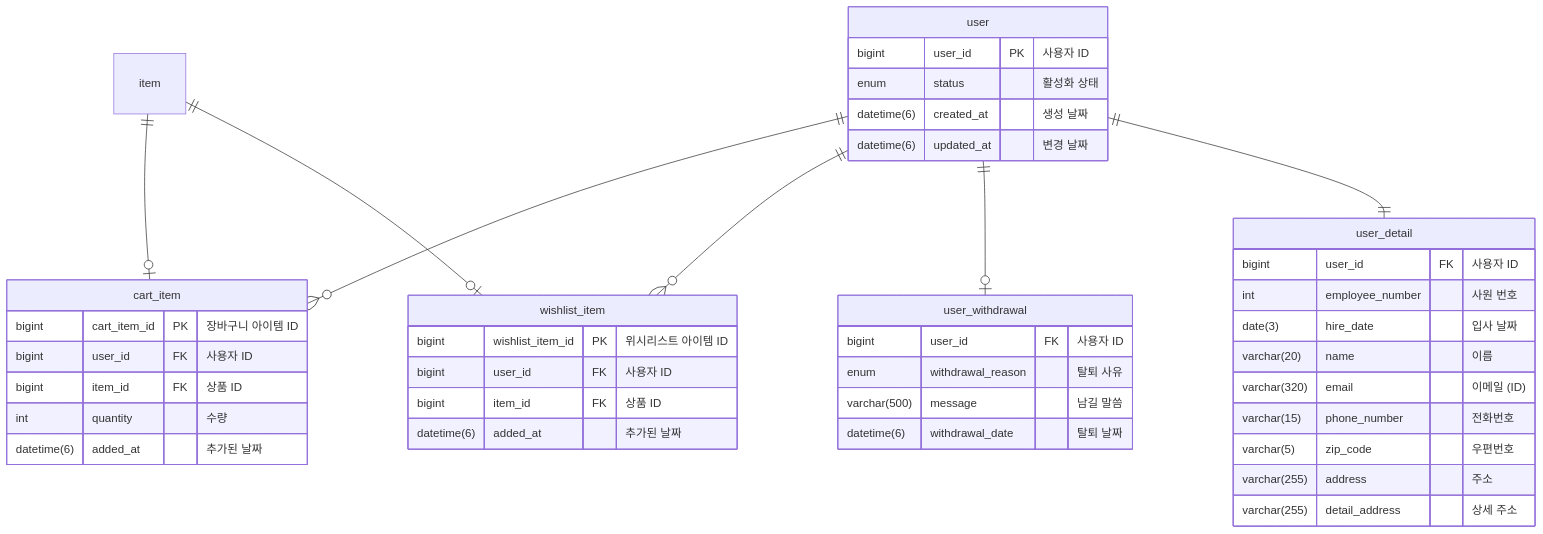
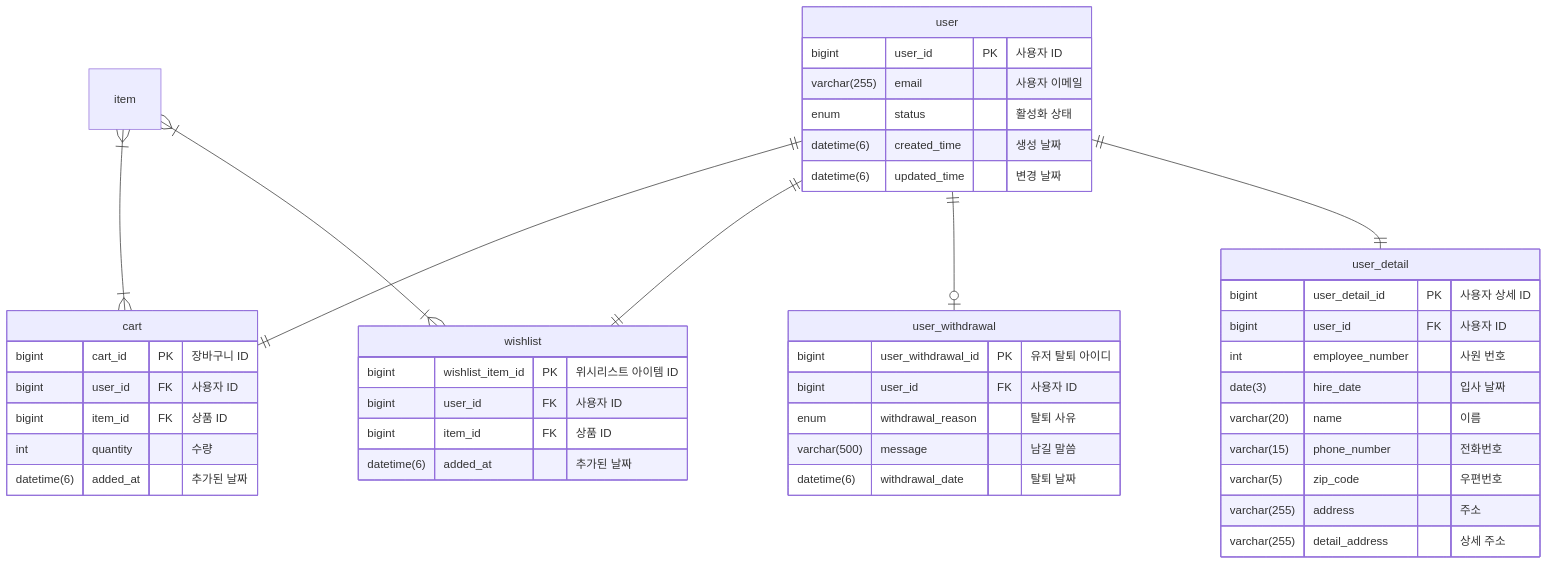
Before and after one commit to kea-dpang/docs: the second of 9 diagrams in Erd.md, drawn with Mermaid. The commit also changed other lines of this file and 3 other files, not shown here.

````diff
--- a/Erd.md
+++ b/Erd.md
@@ -37,50 +37,53 @@
 ```mermaid
 erDiagram
     user {
         bigint user_id PK "사용자 ID"
+        varchar(255) email "사용자 이메일"
         enum status "활성화 상태"
-        datetime(6) created_at "생성 날짜"
-        datetime(6) updated_at "변경 날짜"
+        datetime(6) created_time "생성 날짜"
+        datetime(6) updated_time "변경 날짜"
     }
 
     user_detail {
+        bigint user_detail_id PK "사용자 상세 ID"
         bigint user_id FK "사용자 ID"
         int employee_number "사원 번호"
         date(3) hire_date "입사 날짜"
         varchar(20) name "이름"
-        varchar(320) email "이메일 (ID)"
         varchar(15) phone_number "전화번호"
         varchar(5) zip_code "우편번호"
         varchar(255) address "주소"
         varchar(255) detail_address "상세 주소"
     }
 
     user_withdrawal {
+        bigint user_withdrawal_id PK "유저 탈퇴 아이디"
         bigint user_id FK "사용자 ID"
         enum withdrawal_reason "탈퇴 사유"
         varchar(500) message "남길 말씀"
         datetime(6) withdrawal_date "탈퇴 날짜"
     }
 
-    cart_item {
-        bigint cart_item_id PK "장바구니 아이템 ID"
+    cart {
+        bigint cart_id PK "장바구니 ID"
         bigint user_id FK "사용자 ID"
         bigint item_id FK "상품 ID"
         int quantity "수량"
         datetime(6) added_at "추가된 날짜"
     }
 
-    wishlist_item {
+    wishlist {
         bigint wishlist_item_id PK "위시리스트 아이템 ID"
         bigint user_id FK "사용자 ID"
         bigint item_id FK "상품 ID"
         datetime(6) added_at "추가된 날짜"
     }
 
-    user ||--o{ cart_item: ""
-    user ||--o{ wishlist_item: ""
+    user ||--|| cart: ""
+    user ||--|| wishlist: ""
     user ||--o| user_withdrawal: ""
     user ||--|| user_detail: ""
-    item ||--o| cart_item: ""
-    item ||--o| wishlist_item: ""
+    item }|--|{ cart: ""
+    item }|--|{ wishlist: ""
+
 ```
````
